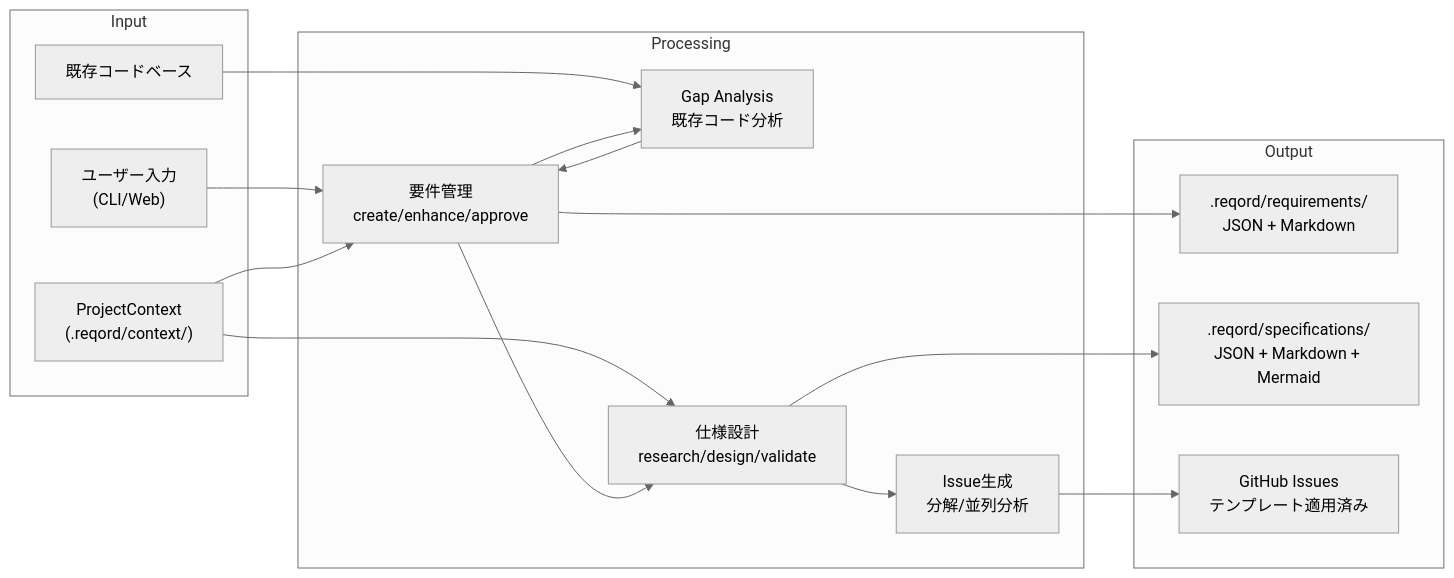
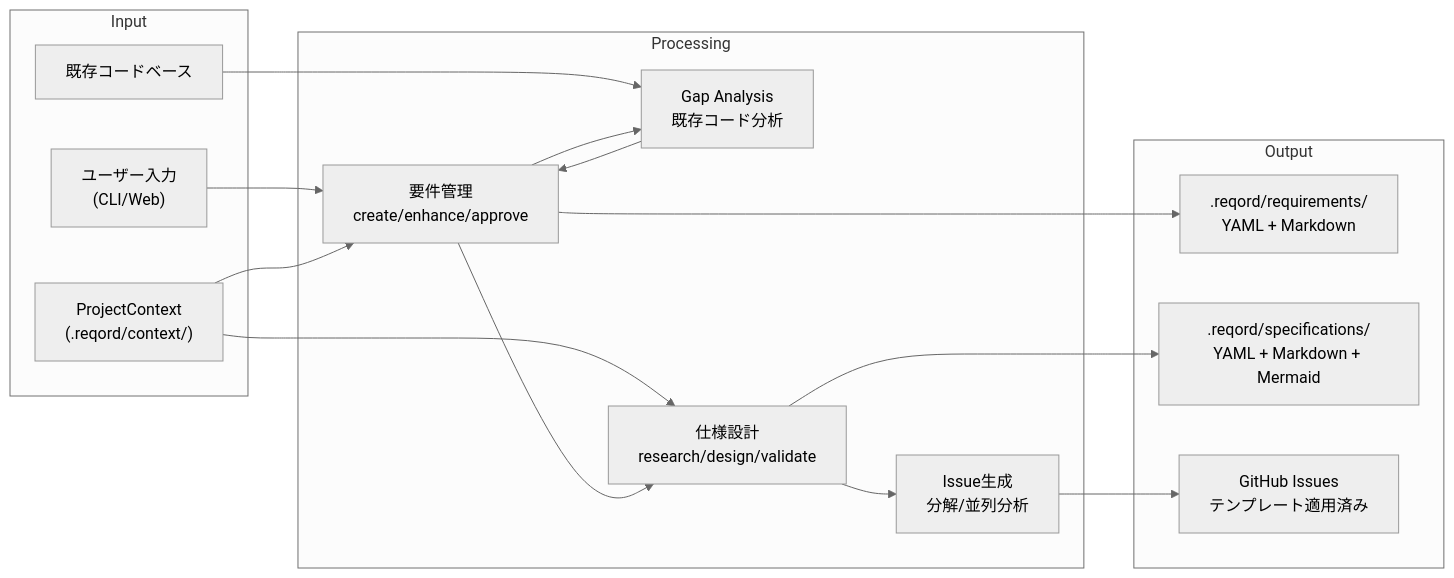
One commit to kicchann/reqord changed the second of 2 diagrams in .reqord/context/technical-narrative.md. Above: the diagram before and after it, drawn with Mermaid (neutral theme). The commit also changed other lines of this file and 36 other files, not shown here.

First line of the commit message:
docs(reqord): update all JSON references to YAML in documentation

````diff
--- a/.reqord/context/technical-narrative.md
+++ b/.reqord/context/technical-narrative.md
@@ -30,33 +30,33 @@
 ```mermaid
 flowchart LR
     subgraph Input
         USER["ユーザー入力<br/>(CLI/Web)"]
         CODE["既存コードベース"]
         CTX["ProjectContext<br/>(.reqord/context/)"]
     end
 
     subgraph Processing
         REQ["要件管理<br/>create/enhance/approve"]
         GAP["Gap Analysis<br/>既存コード分析"]
         SPEC["仕様設計<br/>research/design/validate"]
         ISSUE["Issue生成<br/>分解/並列分析"]
     end
 
     subgraph Output
-        REQFILES[".reqord/requirements/<br/>JSON + Markdown"]
-        SPECFILES[".reqord/specifications/<br/>JSON + Markdown + Mermaid"]
+        REQFILES[".reqord/requirements/<br/>YAML + Markdown"]
+        SPECFILES[".reqord/specifications/<br/>YAML + Markdown + Mermaid"]
         GHISSUES["GitHub Issues<br/>テンプレート適用済み"]
     end
 
     USER --> REQ
     CODE --> GAP
     CTX --> REQ
     CTX --> SPEC
     REQ --> GAP
     REQ --> SPEC
     GAP --> REQ
     SPEC --> ISSUE
     REQ --> REQFILES
     SPEC --> SPECFILES
     ISSUE --> GHISSUES
 ```
````
